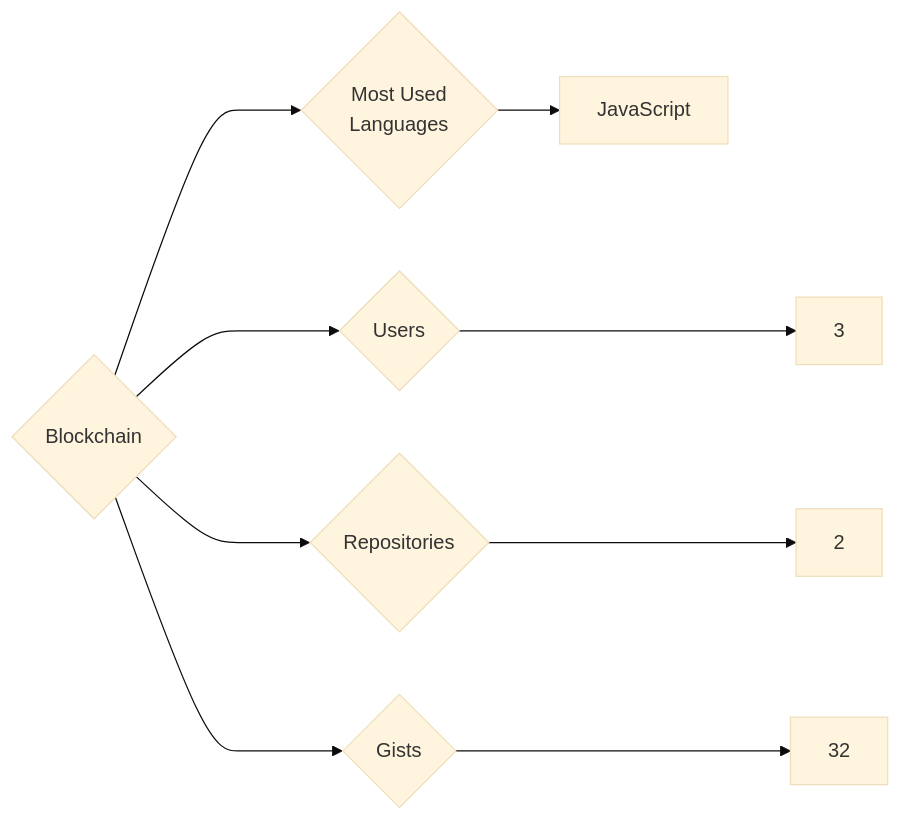
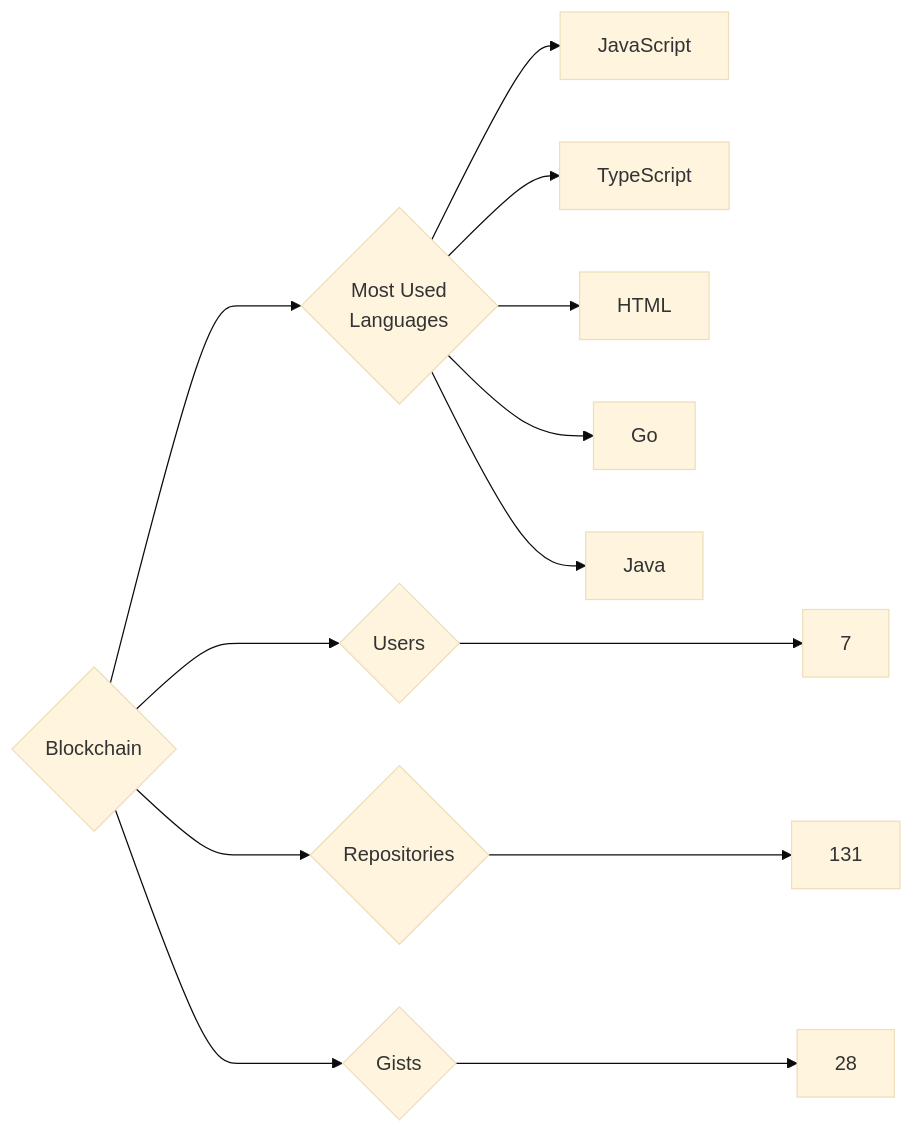
The diagram in targets/Blockchain/README.md (trickest/insiders), drawn with Mermaid (base theme) before and after one commit. The commit also changed 998 other files, not shown here.

````diff
--- a/targets/Blockchain/README.md
+++ b/targets/Blockchain/README.md
@@ -3,9 +3,13 @@
 ```mermaid
 graph LR
 COMPANY_NAME{Blockchain}
-COMPANY_NAME ---> U{Users} ---> UN[3]
-COMPANY_NAME ---> R{Repositories} ---> RN[2]
-COMPANY_NAME ---> G{Gists} ---> GN[32]
+COMPANY_NAME ---> U{Users} ---> UN[7]
+COMPANY_NAME ---> R{Repositories} ---> RN[131]
+COMPANY_NAME ---> G{Gists} ---> GN[28]
 COMPANY_NAME ---> ML{Most Used<br>Languages}
 ML --> JavaScript[JavaScript]
+ML --> TypeScript[TypeScript]
+ML --> HTML[HTML]
+ML --> Go[Go]
+ML --> Java[Java]
 ```
````
